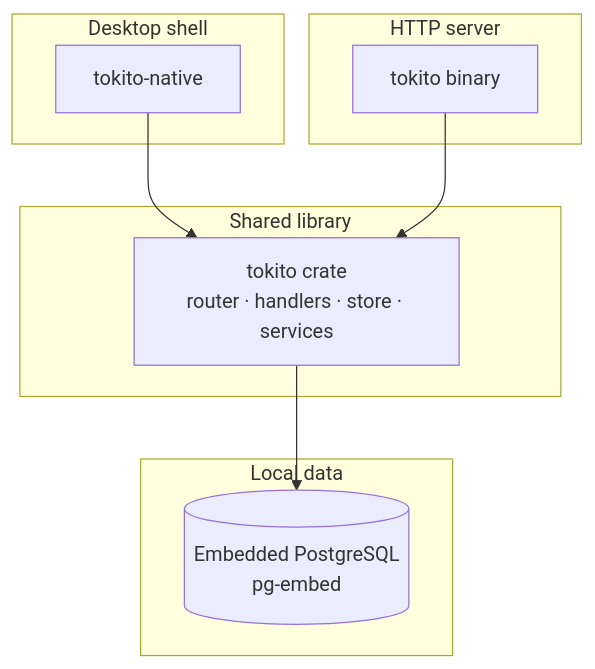
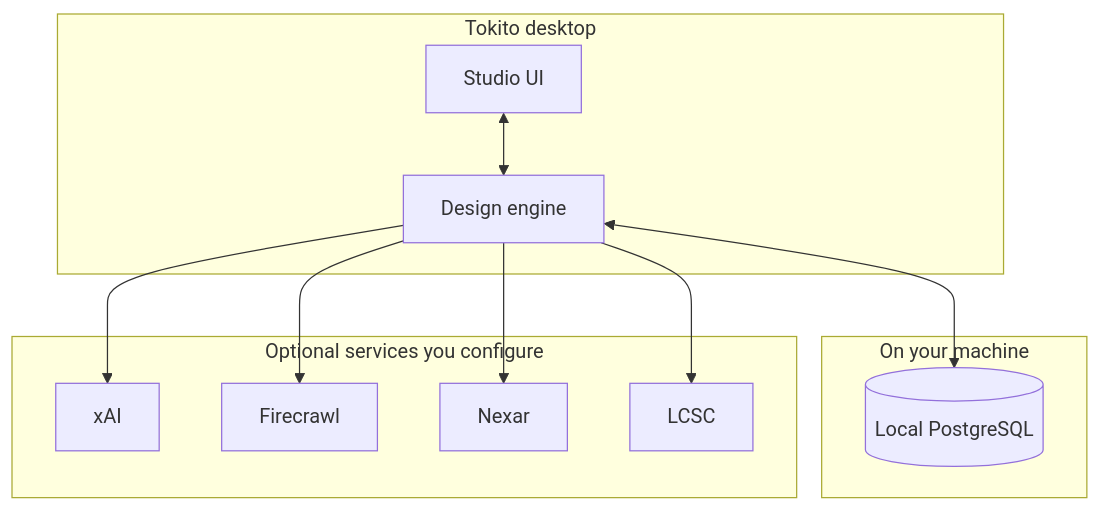
Before and after one commit to Afnanksalal/tokito: the first of 2 diagrams in docs/ARCHITECTURE.md, drawn with Mermaid. The commit also changed other lines of this file and 19 other files, not shown here.

````diff
--- a/docs/ARCHITECTURE.md
+++ b/docs/ARCHITECTURE.md
@@ -12,18 +15,22 @@
 ```mermaid
 flowchart TB
-  subgraph desktop[Desktop shell]
-    N[tokito-native]
+  subgraph app[Tokito desktop]
+    UI[Studio UI]
+    ENG[Design engine]
   end
-  subgraph server[HTTP server]
-    B[tokito binary]
+  subgraph local[On your machine]
+    DB[(Local PostgreSQL)]
   end
-  subgraph core[Shared library]
-    L[tokito crate<br/>router · handlers · store · services]
+  subgraph external[Optional services you configure]
+    X[xAI]
+    F[Firecrawl]
+    N[Nexar]
+    L[LCSC]
   end
-  subgraph data[Local data]
-    PG[(Embedded PostgreSQL<br/>pg-embed)]
-  end
-  N --> L
-  B --> L
-  L --> PG
+  UI <--> ENG
+  ENG <--> DB
+  ENG --> X
+  ENG --> F
+  ENG --> N
+  ENG --> L
 ```
````
